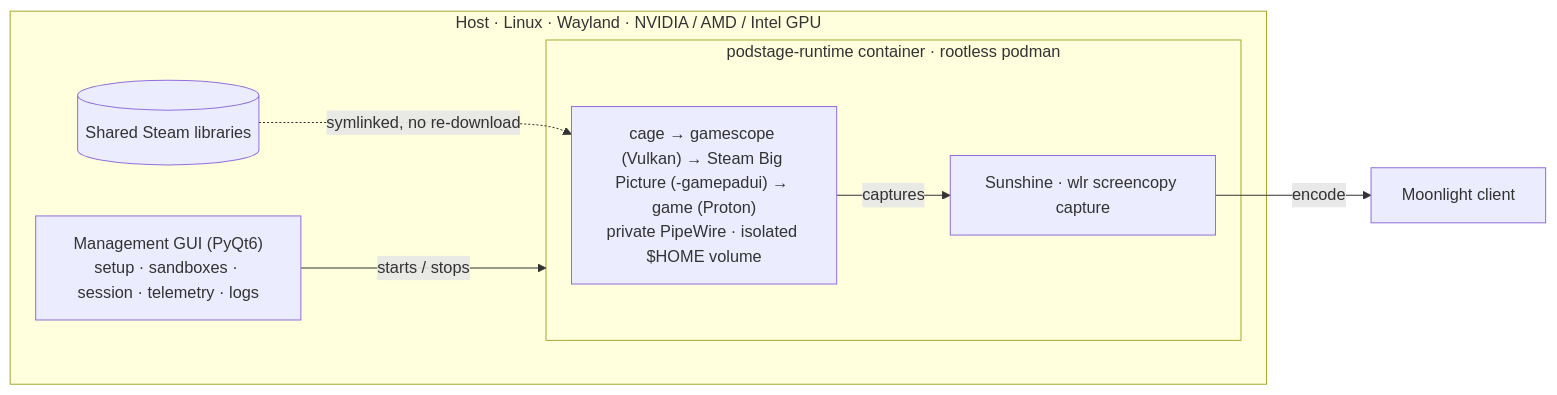
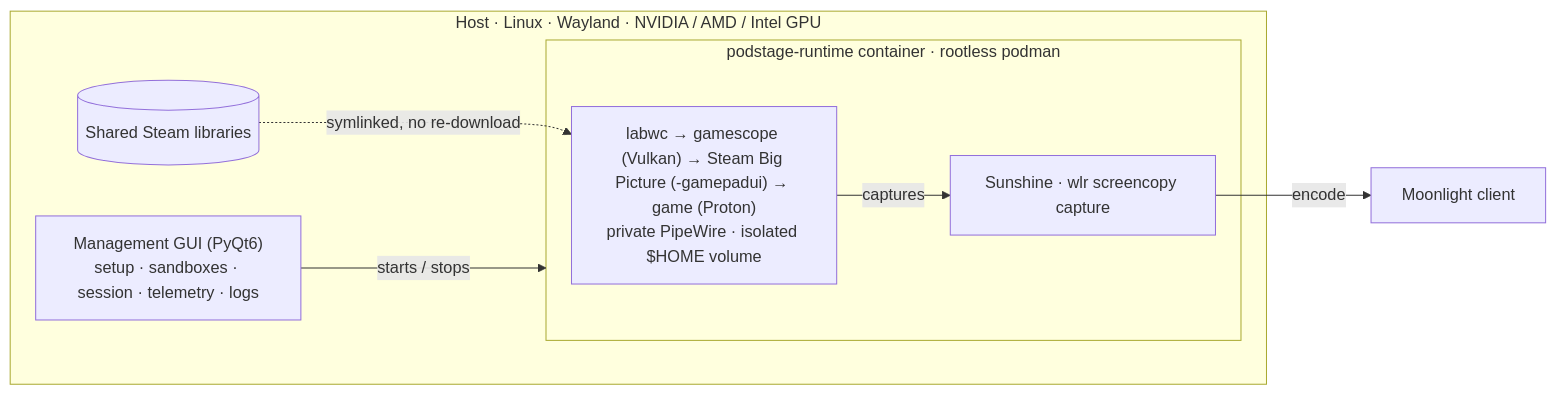
Before and after one commit to slooock-dev/podstage: the diagram in README.md, drawn with Mermaid. The commit also changed other lines of this file and 12 other files, not shown here.

First line of the commit message:
Switch the session compositor from patched cage to labwc

````diff
--- a/README.md
+++ b/README.md
@@ -144,15 +144,15 @@
 ```mermaid
 flowchart LR
     subgraph host["Host · Linux · Wayland · NVIDIA / AMD / Intel GPU"]
         gui["Management GUI (PyQt6)<br/>setup · sandboxes · session · telemetry · logs"]
         libs[("Shared Steam libraries")]
         subgraph container["podstage-runtime container · rootless podman"]
-            pipeline["cage → gamescope (Vulkan) → Steam Big Picture (-gamepadui) → game (Proton)<br/>private PipeWire · isolated $HOME volume"]
+            pipeline["labwc → gamescope (Vulkan) → Steam Big Picture (-gamepadui) → game (Proton)<br/>private PipeWire · isolated $HOME volume"]
             sunshine["Sunshine · wlr screencopy capture"]
             pipeline -->|captures| sunshine
         end
         gui -->|starts / stops| container
         libs -.->|symlinked, no re-download| pipeline
     end
     sunshine -->|encode| moonlight["Moonlight client"]
 ```
````
